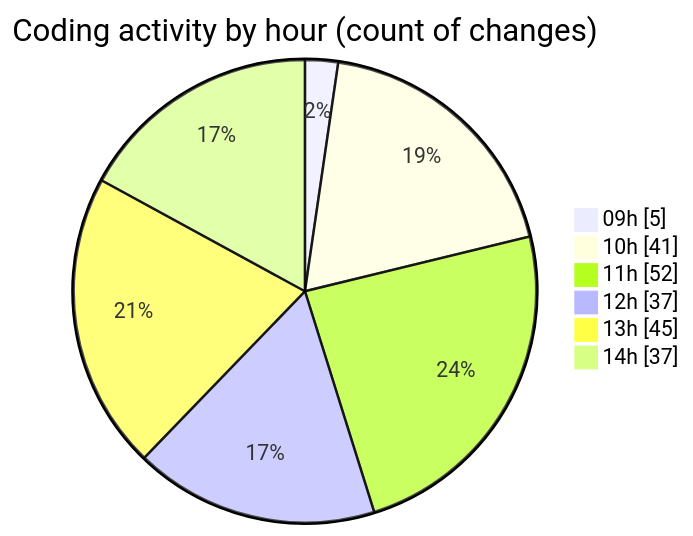
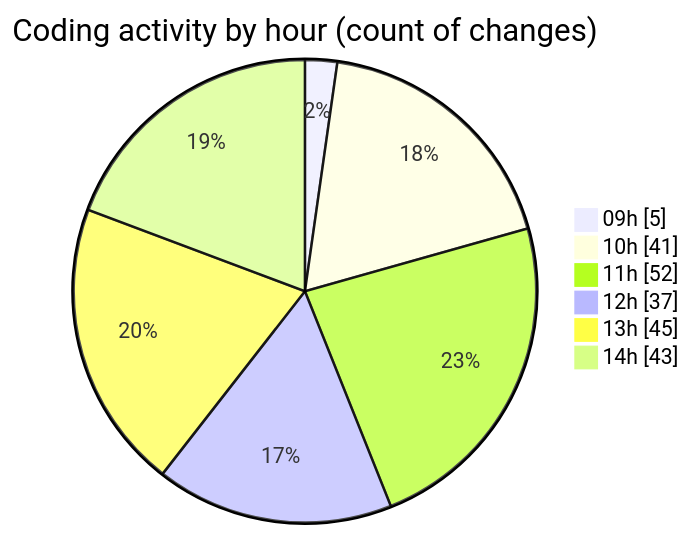
The second of 2 diagrams in 2026-04-27/cda/README.md (momahboobian/code-tracking), drawn with Mermaid before and after one commit. The commit also changed other lines of this file and 1 other file, not shown here.

````diff
--- a/2026-04-27/cda/README.md
+++ b/2026-04-27/cda/README.md
@@ -58,10 +58,10 @@
 ```mermaid
 pie showData
 title Coding activity by hour (count of changes)
 "09h" : 5
 "10h" : 41
 "11h" : 52
 "12h" : 37
 "13h" : 45
-"14h" : 37
+"14h" : 43
 ```
````
